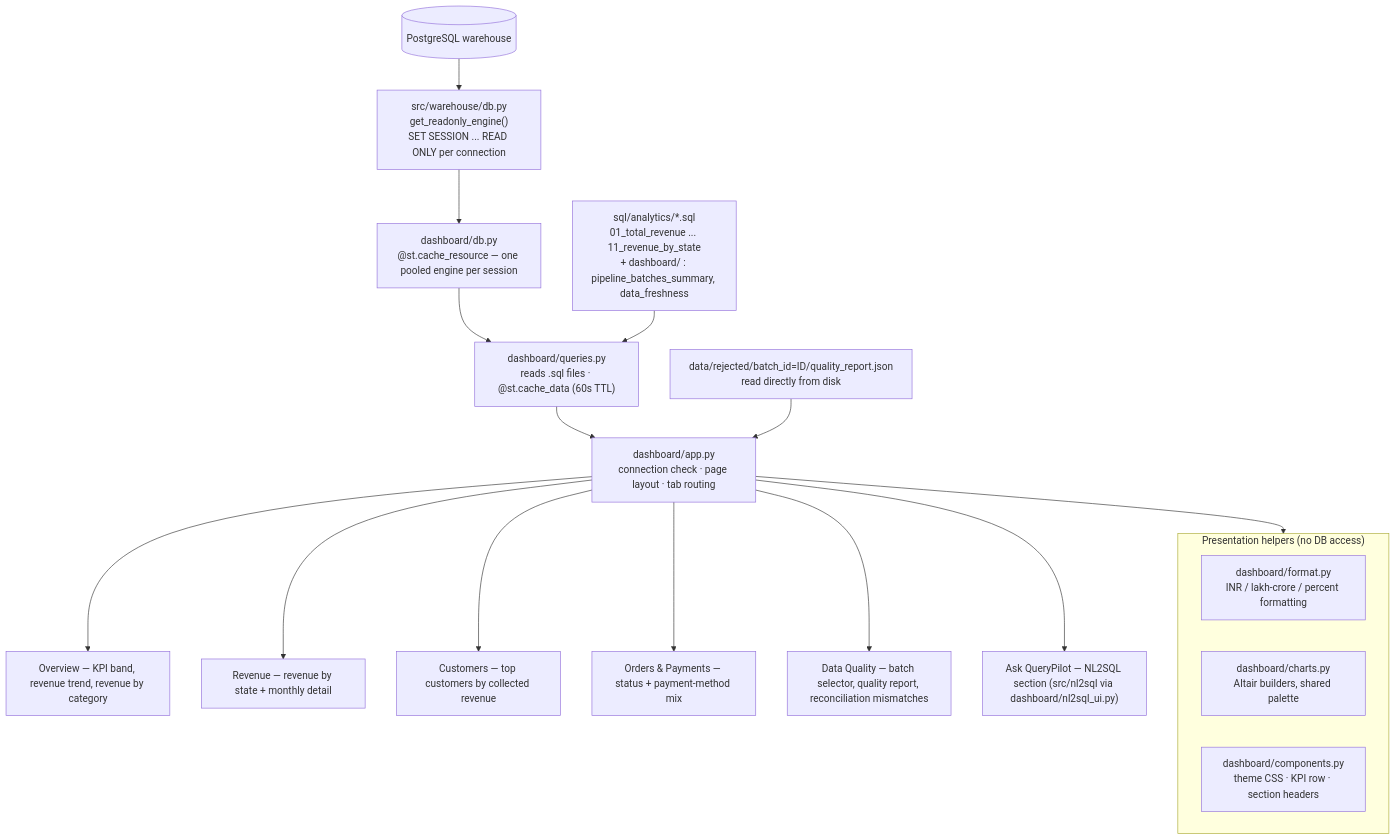
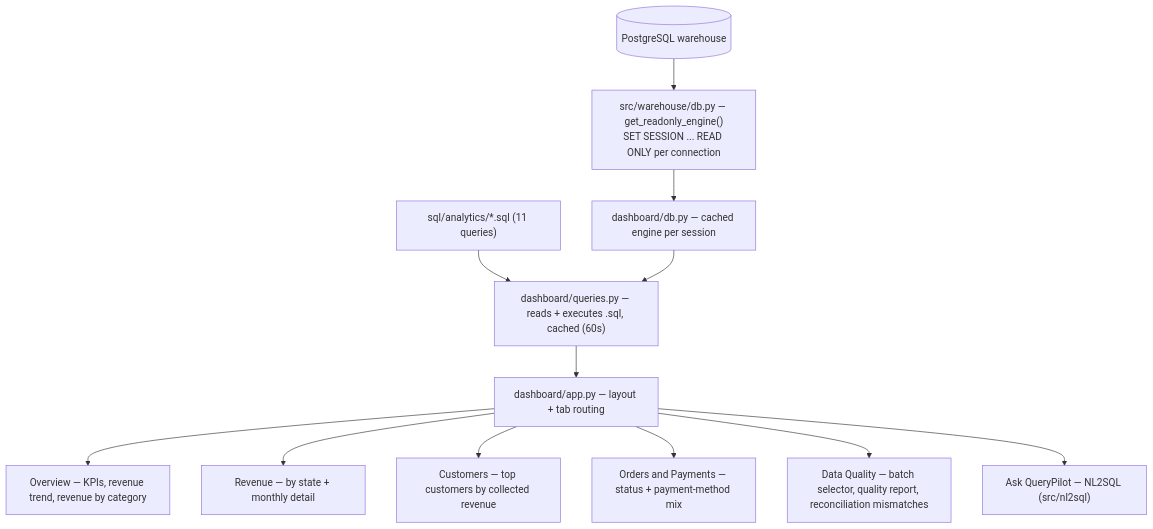
Before and after one commit to the-illuminatus/QueryPilot-DataEngineering: the ninth of 12 diagrams in README.md, drawn with Mermaid. The commit also changed other lines of this file, not shown here.

Commit message:
docs: finalize Airflow and PySpark architecture README

````diff
--- a/README.md
+++ b/README.md
@@ -368,30 +461,15 @@
 ```mermaid
 flowchart TD
     PG[("PostgreSQL warehouse")]
-
-    PG --> RE["src/warehouse/db.py<br/>get_readonly_engine()<br/>SET SESSION ... READ ONLY per connection"]
-    RE --> DBW["dashboard/db.py<br/>@st.cache_resource — one pooled engine per session"]
-
-    SQLF["sql/analytics/*.sql<br/>01_total_revenue ... 11_revenue_by_state<br/>+ dashboard/ : pipeline_batches_summary, data_freshness"]
-    DBW --> QL["dashboard/queries.py<br/>reads .sql files · @st.cache_data (60s TTL)"]
-    SQLF --> QL
-
-    QL --> APP["dashboard/app.py<br/>connection check · page layout · tab routing"]
-
-    subgraph PRES["Presentation helpers (no DB access)"]
-        FMT["dashboard/format.py<br/>INR / lakh-crore / percent formatting"]
-        CH["dashboard/charts.py<br/>Altair builders, shared palette"]
-        CMP["dashboard/components.py<br/>theme CSS · KPI row · section headers"]
-    end
-    APP --> PRES
-
-    DISK["data/rejected/batch_id=ID/quality_report.json<br/>read directly from disk"]
-    DISK --> APP
-
-    APP --> T1["Overview — KPI band, revenue trend, revenue by category"]
-    APP --> T2["Revenue — revenue by state + monthly detail"]
+    PG --> RE["src/warehouse/db.py — get_readonly_engine()<br/>SET SESSION ... READ ONLY per connection"]
+    RE --> DBW["dashboard/db.py — cached engine per session"]
+    SQLF["sql/analytics/*.sql (11 queries)"] --> QL["dashboard/queries.py — reads + executes .sql, cached (60s)"]
+    DBW --> QL
+    QL --> APP["dashboard/app.py — layout + tab routing"]
+    APP --> T1["Overview — KPIs, revenue trend, revenue by category"]
+    APP --> T2["Revenue — by state + monthly detail"]
     APP --> T3["Customers — top customers by collected revenue"]
-    APP --> T4["Orders & Payments — status + payment-method mix"]
+    APP --> T4["Orders and Payments — status + payment-method mix"]
     APP --> T5["Data Quality — batch selector, quality report, reconciliation mismatches"]
-    APP --> T6["Ask QueryPilot — NL2SQL section (src/nl2sql via dashboard/nl2sql_ui.py)"]
+    APP --> T6["Ask QueryPilot — NL2SQL (src/nl2sql)"]
 ```
````
